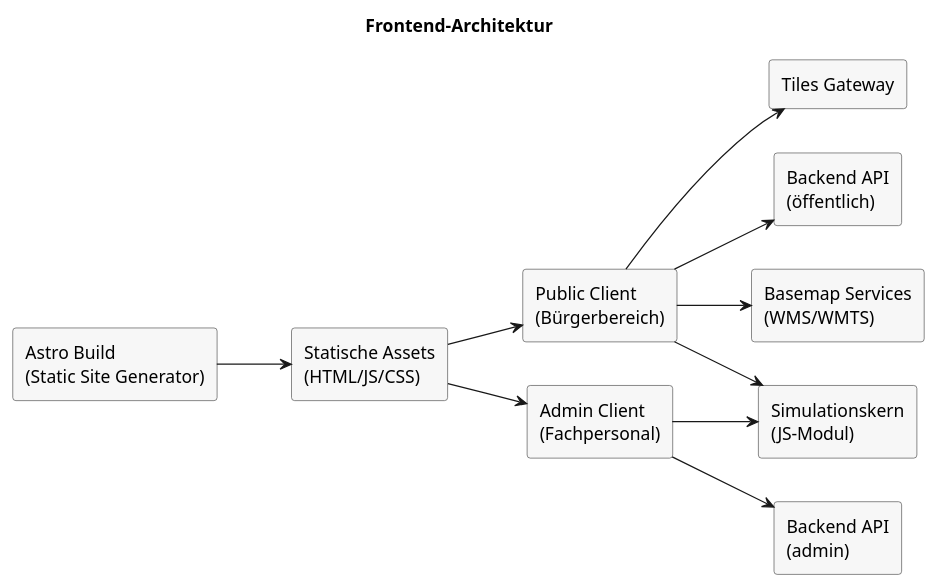
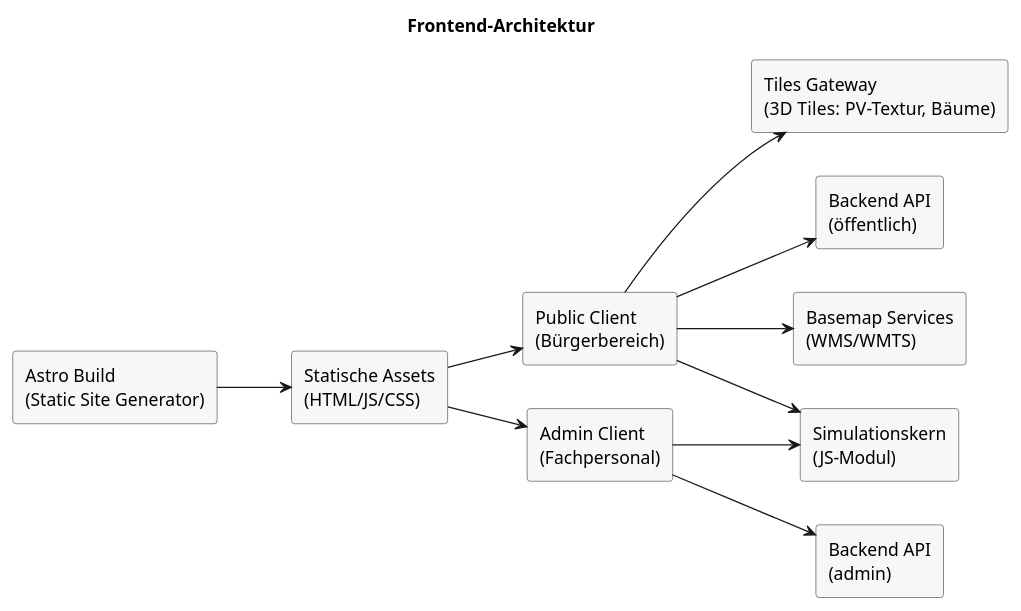
The diagram in docs/architecture/raw/frontend-architecture.puml (csi-FOXBYTE/Regensburg_DigitalerEnergieZwilling_Backend), drawn with PlantUML before and after one commit. The commit also changed 19 other files, not shown here.

```diff
--- a/docs/architecture/raw/frontend-architecture.puml
+++ b/docs/architecture/raw/frontend-architecture.puml
@@ -1,30 +1,30 @@
 @startuml
 left to right direction
 skinparam rectangle {
   BackgroundColor #F7F7F7
   BorderColor #444444
 }
 
 title Frontend-Architektur
 
 rectangle "Astro Build\n(Static Site Generator)" as astro
 rectangle "Statische Assets\n(HTML/JS/CSS)" as assets
 rectangle "Public Client\n(Bürgerbereich)" as public_client
 rectangle "Admin Client\n(Fachpersonal)" as admin_client
 rectangle "Simulationskern\n(JS-Modul)" as core
-rectangle "Tiles Gateway" as tiles
+rectangle "Tiles Gateway\n(3D Tiles: PV-Textur, Bäume)" as tiles
 rectangle "Backend API\n(öffentlich)" as api_public
 rectangle "Backend API\n(admin)" as api_admin
 rectangle "Basemap Services\n(WMS/WMTS)" as basemap
 
 astro --> assets
 assets --> public_client
 assets --> admin_client
 public_client --> core
 admin_client --> core
 public_client --> tiles
 public_client --> api_public
 admin_client --> api_admin
 public_client --> basemap
 
 @enduml
```
